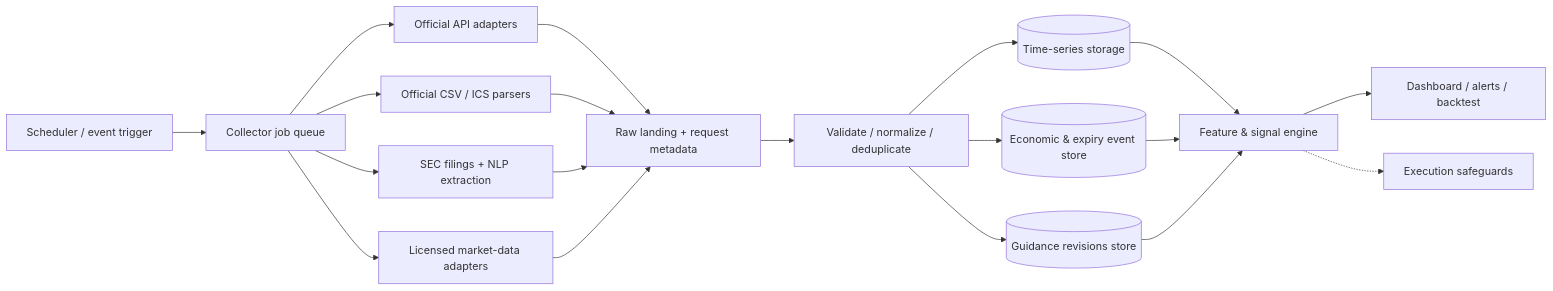
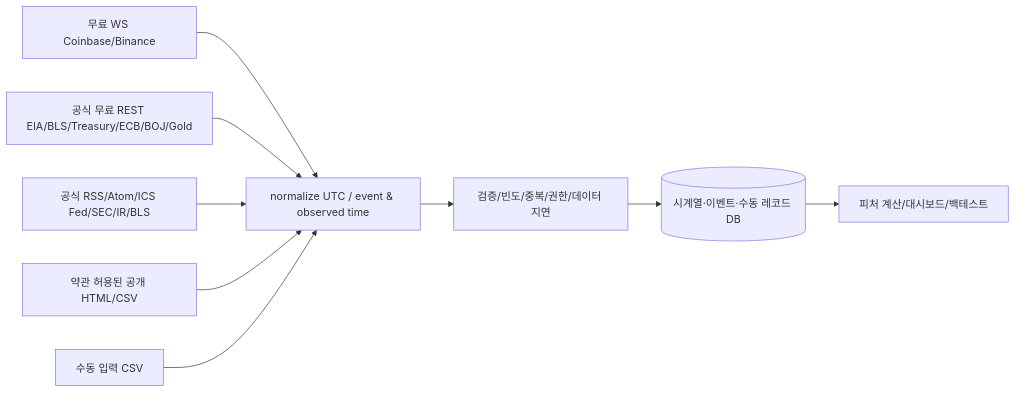
Before and after one commit to ELSAPHABA/Auto-Axe: the diagram in docs/Collector_Design.md, drawn with Mermaid. The commit also changed other lines of this file, not shown here.

Commit message:
docs: redesign ingestion architecture for free-only APIs, allowed scraping, manual

````diff
--- a/docs/Collector_Design.md
+++ b/docs/Collector_Design.md
@@ -14,21 +7,11 @@
 ```mermaid
 flowchart LR
-    S[Scheduler / event trigger] --> J[Collector job queue]
-    J --> A[Official API adapters]
-    J --> B[Official CSV / ICS parsers]
-    J --> C[SEC filings + NLP extraction]
-    J --> D[Licensed market-data adapters]
-    A --> R[Raw landing + request metadata]
-    B --> R
-    C --> R
-    D --> R
-    R --> V[Validate / normalize / deduplicate]
-    V --> TS[(Time-series storage)]
-    V --> EV[(Economic & expiry event store)]
-    V --> GD[(Guidance revisions store)]
-    TS --> F[Feature & signal engine]
-    EV --> F
-    GD --> F
-    F --> UI[Dashboard / alerts / backtest]
-    F -.-> Q[Execution safeguards]
+  A[무료 WS Coinbase/Binance] --> N[normalize UTC / event & observed time]
+  B[공식 무료 REST EIA/BLS/Treasury/ECB/BOJ/Gold] --> N
+  C[공식 RSS/Atom/ICS Fed/SEC/IR/BLS] --> N
+  D[약관 허용된 공개 HTML/CSV] --> N
+  E[수동 입력 CSV] --> N
+  N --> Q[검증/빈도/중복/권한/데이터 지연]
+  Q --> DB[(시계열·이벤트·수동 레코드 DB)]
+  DB --> P[피처 계산/대시보드/백테스트]
 ```
````
